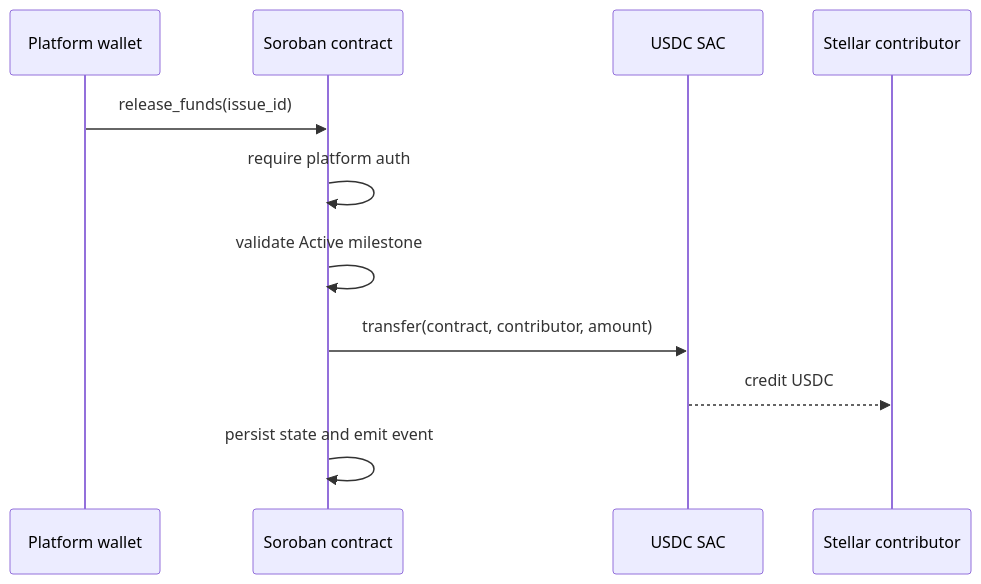
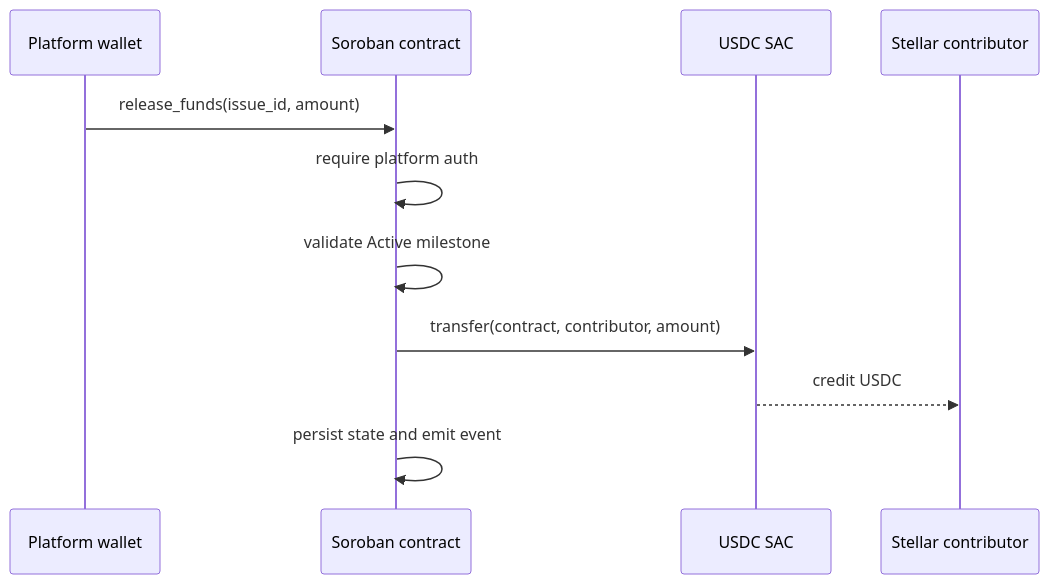
One commit to Trustless-OSS/Toss-Contract changed the fourth of 4 diagrams in docs/arch.md. Above: the diagram before and after it, drawn with Mermaid. The commit also changed other lines of this file and 7 other files, not shown here.

Commit message:
refactor(payouts): unify release_funds with amount and drop partial_release

````diff
--- a/docs/arch.md
+++ b/docs/arch.md
@@ -112,14 +111,14 @@
 ```mermaid
 sequenceDiagram
     participant W as Platform wallet
     participant C as Soroban contract
     participant T as USDC SAC
     participant S as Stellar contributor
 
-    W->>C: release_funds(issue_id)
+    W->>C: release_funds(issue_id, amount)
     C->>C: require platform auth
     C->>C: validate Active milestone
     C->>T: transfer(contract, contributor, amount)
     T-->>S: credit USDC
     C->>C: persist state and emit event
 ```
````
